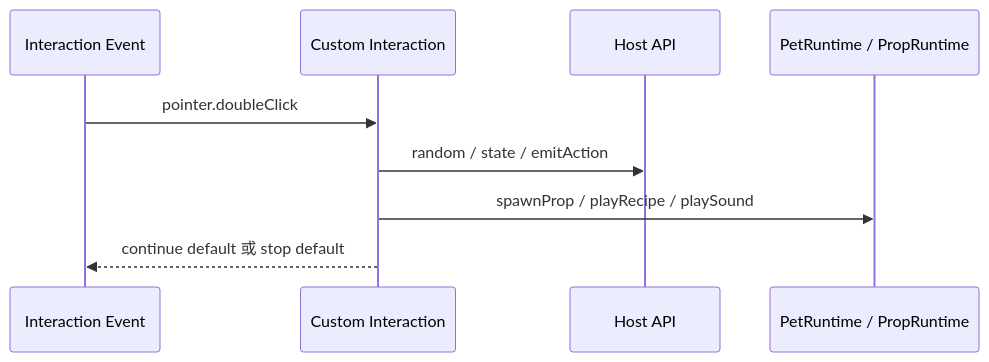
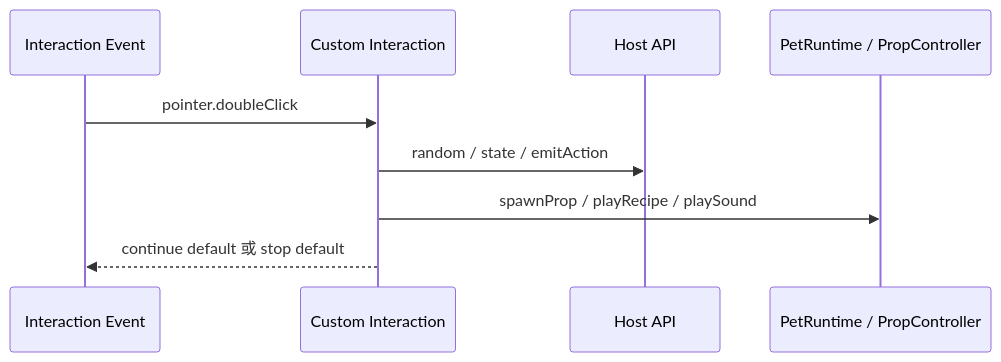
The fourth of 4 diagrams in docs/v2/设计方案/皮肤包播放行为设计.md (tiantian180/MilesEdgeworth), drawn with Mermaid before and after one commit. The commit also changed other lines of this file and 40 other files, not shown here.

````diff
--- a/docs/v2/设计方案/皮肤包播放行为设计.md
+++ b/docs/v2/设计方案/皮肤包播放行为设计.md
@@ -350,12 +350,12 @@
 ```mermaid
 sequenceDiagram
     participant Event as Interaction Event
     participant Handler as Custom Interaction
     participant Host as Host API
-    participant Runtime as PetRuntime / PropRuntime
+    participant Runtime as PetRuntime / PropController
 
     Event->>Handler: pointer.doubleClick
     Handler->>Host: random / state / emitAction
     Handler->>Runtime: spawnProp / playRecipe / playSound
     Handler-->>Event: continue default 或 stop default
 ```
````
